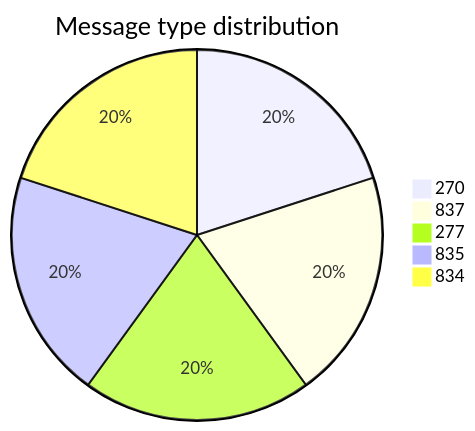
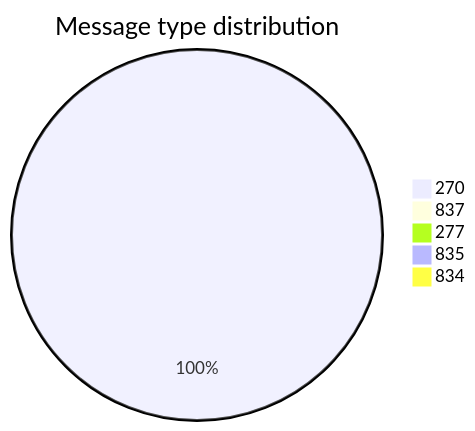
One commit to dhagan-va/intern-2025 changed the second of 11 diagrams in test-tools/DataGen/src/Statistics_Visualizer.md. Above: the diagram before and after it, drawn with Mermaid. The commit also changed other lines of this file and 1 other file, not shown here.

````diff
--- a/test-tools/DataGen/src/Statistics_Visualizer.md
+++ b/test-tools/DataGen/src/Statistics_Visualizer.md
@@ -28,8 +28,8 @@
 ```mermaid
 pie title Message type distribution
-    "270" : 4211
-    "837" : 4211
-    "277" : 4211
-    "835" : 4211
-    "834" : 4211
+    "270" : 5
+    "837" : 0
+    "277" : 0
+    "835" : 0
+    "834" : 0
 ```
````
